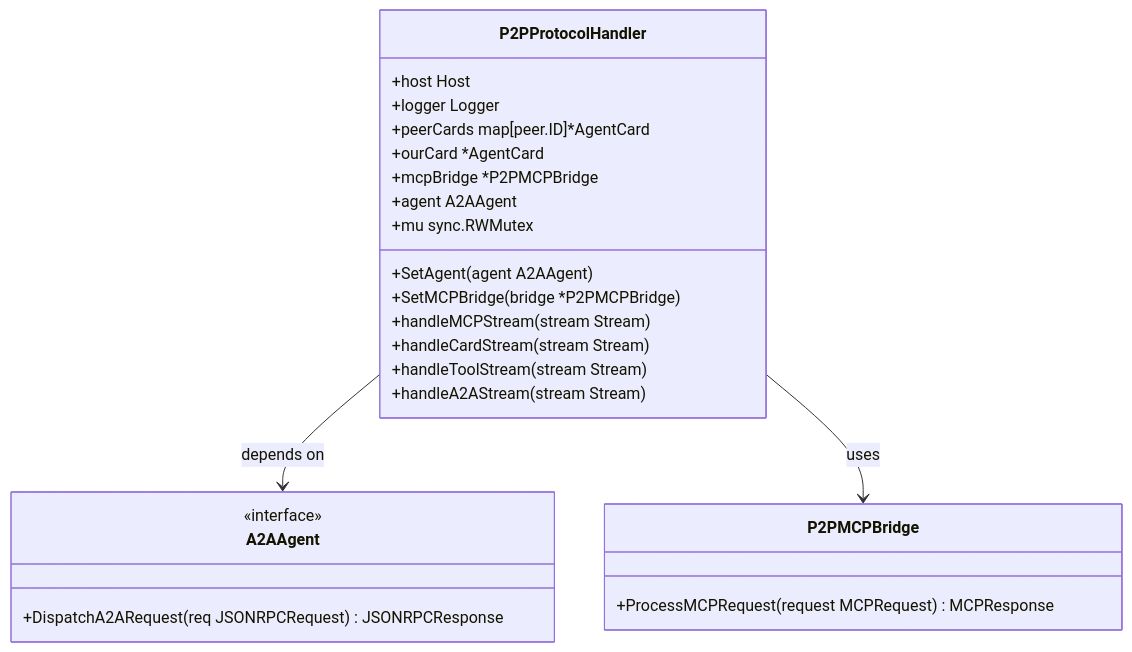
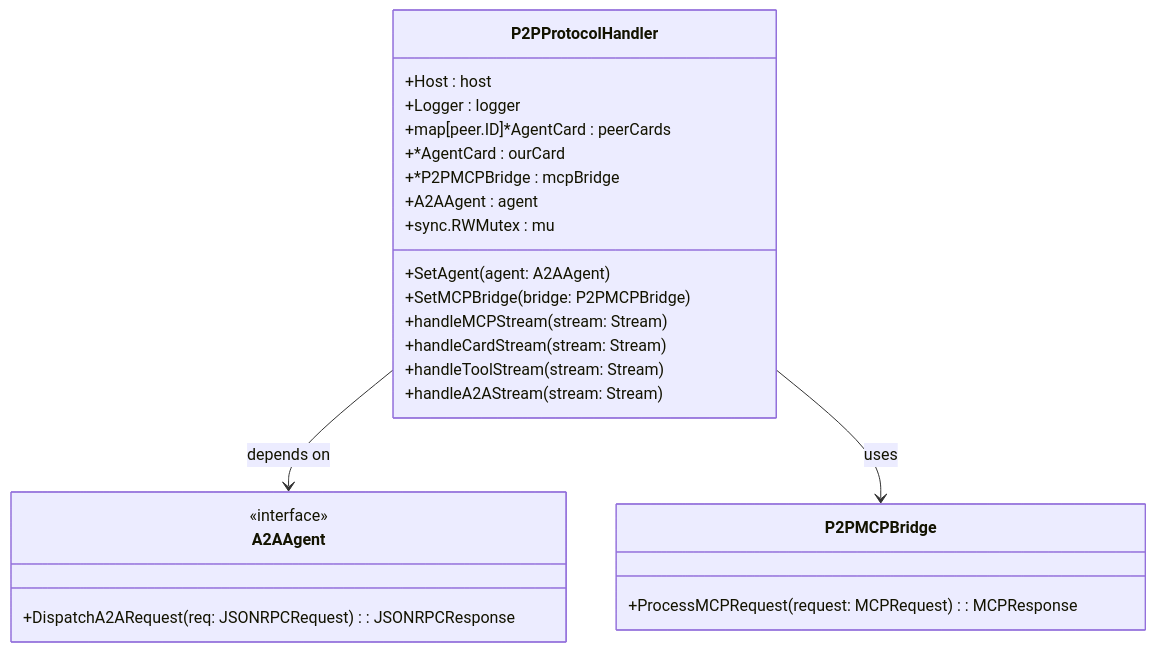
One commit to prxs-ai/praxis-go-sdk changed the fourth of 5 diagrams in docs/Architecture Overview/P2P Networking Layer/Connection Lifecycle and Management.md. Above: the diagram before and after it, drawn with Mermaid. The commit also changed other lines of this file and 141 other files, not shown here.

````diff
--- a/docs/Architecture Overview/P2P Networking Layer/Connection Lifecycle and Management.md
+++ b/docs/Architecture Overview/P2P Networking Layer/Connection Lifecycle and Management.md
@@ -151,27 +151,27 @@
 ```mermaid
 classDiagram
 class P2PProtocolHandler {
-+host Host
-+logger Logger
-+peerCards map[peer.ID]*AgentCard
-+ourCard *AgentCard
-+mcpBridge *P2PMCPBridge
-+agent A2AAgent
-+mu sync.RWMutex
-+SetAgent(agent A2AAgent)
-+SetMCPBridge(bridge *P2PMCPBridge)
-+handleMCPStream(stream Stream)
-+handleCardStream(stream Stream)
-+handleToolStream(stream Stream)
-+handleA2AStream(stream Stream)
++Host : host
++Logger : logger
++map[peer.ID]*AgentCard : peerCards
++*AgentCard : ourCard
++*P2PMCPBridge : mcpBridge
++A2AAgent : agent
++sync.RWMutex : mu
++SetAgent(agent: A2AAgent)
++SetMCPBridge(bridge: P2PMCPBridge)
++handleMCPStream(stream: Stream)
++handleCardStream(stream: Stream)
++handleToolStream(stream: Stream)
++handleA2AStream(stream: Stream)
 }
 class A2AAgent {
 <<interface>>
-+DispatchA2ARequest(req JSONRPCRequest) JSONRPCResponse
++DispatchA2ARequest(req: JSONRPCRequest) : JSONRPCResponse
 }
 class P2PMCPBridge {
-+ProcessMCPRequest(request MCPRequest) MCPResponse
++ProcessMCPRequest(request: MCPRequest) : MCPResponse
 }
 P2PProtocolHandler --> A2AAgent : depends on
 P2PProtocolHandler --> P2PMCPBridge : uses
 ```
````
